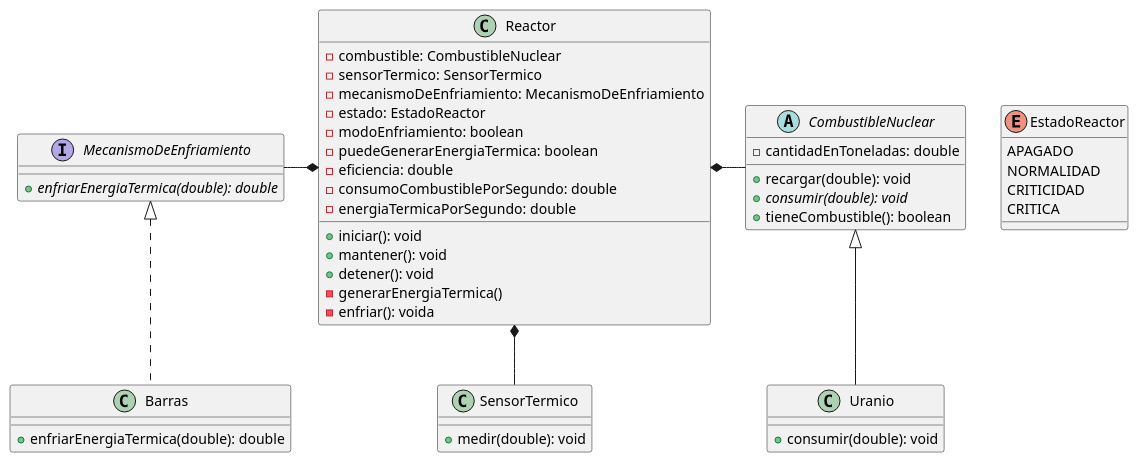
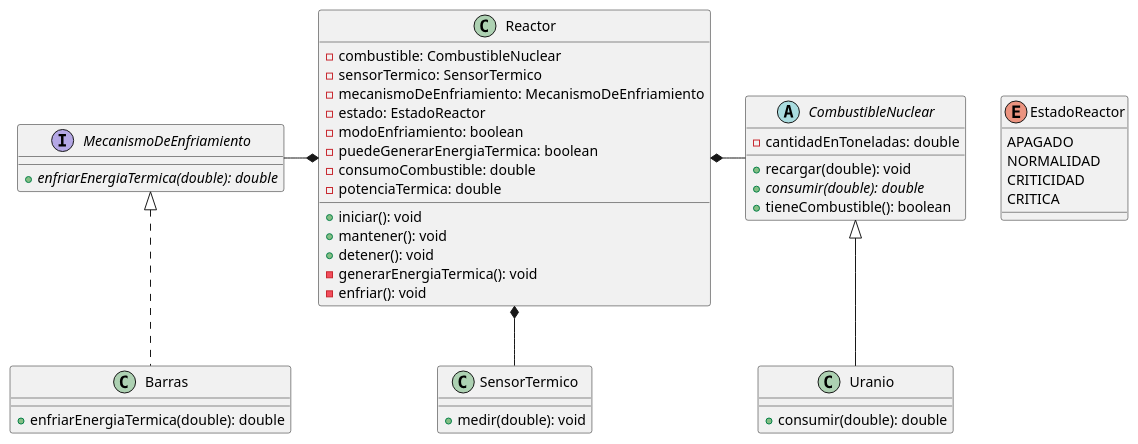
The diagram in Diagramas/Diagramas_de_clases/DiagramaReactor.puml (Xr60031/Laboratorio_3_Trabajo_Practico_Reactor_Nuclear), drawn with PlantUML before and after one commit.

Commit message:
Modifica el diagrama de clases del Reactor

```diff
--- a/Diagramas/Diagramas_de_clases/DiagramaReactor.puml
+++ b/Diagramas/Diagramas_de_clases/DiagramaReactor.puml
@@ -1,56 +1,55 @@
 @startuml DiagramaReactor
 
 enum EstadoReactor {
   APAGADO
   NORMALIDAD
   CRITICIDAD
   CRITICA
 }
 
 abstract class CombustibleNuclear {
   - cantidadEnToneladas: double
  
   + recargar(double): void
-  + {abstract} consumir(double): void
+  + {abstract} consumir(double): double
   + tieneCombustible(): boolean
 }
 
 class Uranio extends CombustibleNuclear {
-  + consumir(double): void
+  + consumir(double): double
 }
 
 interface MecanismoDeEnfriamiento {
   + {abstract} enfriarEnergiaTermica(double): double
 }
 
 class Barras implements MecanismoDeEnfriamiento {
   + enfriarEnergiaTermica(double): double
 }
 
 class SensorTermico {
   + medir(double): void
 }
 
 class Reactor {
   - combustible: CombustibleNuclear
   - sensorTermico: SensorTermico
   - mecanismoDeEnfriamiento: MecanismoDeEnfriamiento
   - estado: EstadoReactor
   - modoEnfriamiento: boolean
   - puedeGenerarEnergiaTermica: boolean
-  - eficiencia: double
-  - consumoCombustiblePorSegundo: double
-  - energiaTermicaPorSegundo: double
+  - consumoCombustible: double
+  - potenciaTermica: double
 
   + iniciar(): void
   + mantener(): void
   + detener(): void
-  - generarEnergiaTermica()
-  - enfriar(): voida
+  - generarEnergiaTermica(): void
+  - enfriar(): void
 }
 
 Reactor *-r- CombustibleNuclear
 Reactor *-- SensorTermico
 Reactor *-l- MecanismoDeEnfriamiento
 
 @enduml
```
